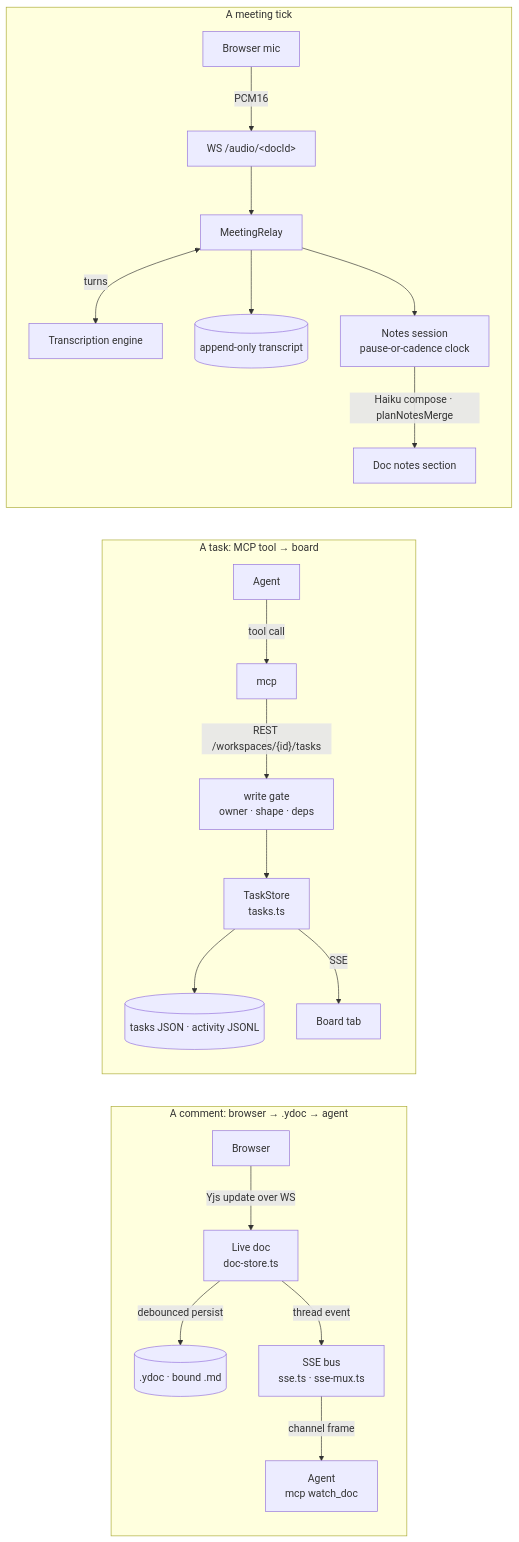
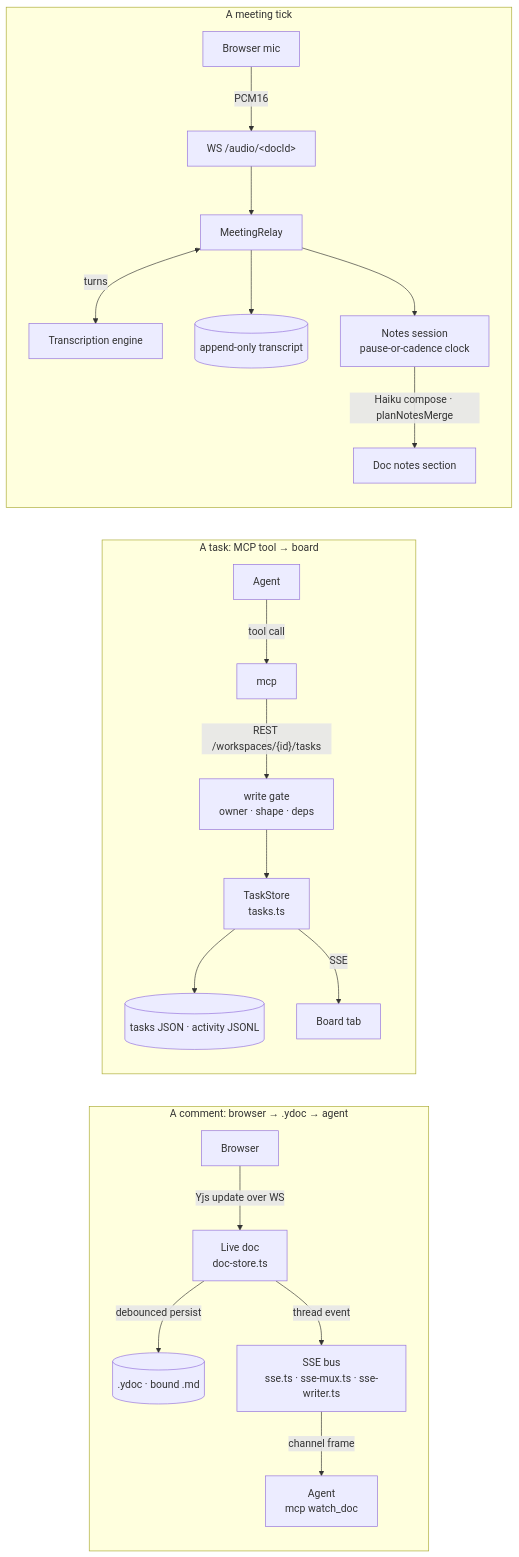
The second of 2 diagrams in docs/architecture/overview.md (fryanpan/claude-workspaces-plugin), drawn with Mermaid before and after one commit. The commit also changed other lines of this file and 4 other files, not shown here.

````diff
--- a/docs/architecture/overview.md
+++ b/docs/architecture/overview.md
@@ -667,21 +675,21 @@
 ```mermaid
 flowchart LR
   subgraph f1["A comment: browser → .ydoc → agent"]
     B1[Browser] -->|Yjs update over WS| R1["Live doc<br/>doc-store.ts"]
     R1 -->|debounced persist| Y1[(".ydoc · bound .md")]
-    R1 -->|thread event| S1["SSE bus<br/>sse.ts · sse-mux.ts"]
+    R1 -->|thread event| S1["SSE bus<br/>sse.ts · sse-mux.ts · sse-writer.ts"]
     S1 -->|channel frame| A1["Agent<br/>mcp watch_doc"]
   end
   subgraph f2["A task: MCP tool → board"]
     A2[Agent] -->|tool call| M2[mcp] -->|"REST /workspaces/{id}/tasks"| G2["write gate<br/>owner · shape · deps"]
     G2 --> T2["TaskStore<br/>tasks.ts"] --> J2[("tasks JSON · activity JSONL")]
     T2 -->|SSE| H2[Board tab]
   end
   subgraph f3["A meeting tick"]
     Mic[Browser mic] -->|PCM16| W3["WS /audio/&lt;docId&gt;"] --> Rl[MeetingRelay]
     Rl <-->|turns| En[Transcription engine]
     Rl --> St[("append-only transcript")]
     Rl --> N3["Notes session<br/>pause-or-cadence clock"]
     N3 -->|"Haiku compose · planNotesMerge"| D3[Doc notes section]
   end
 ```
````
